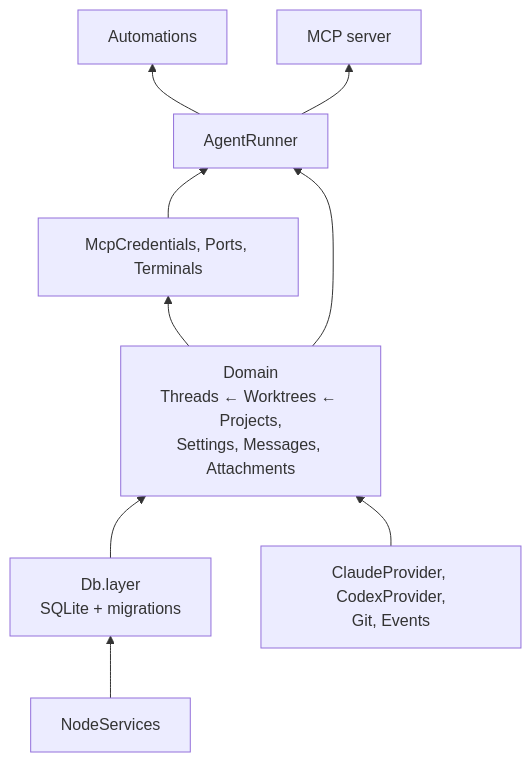
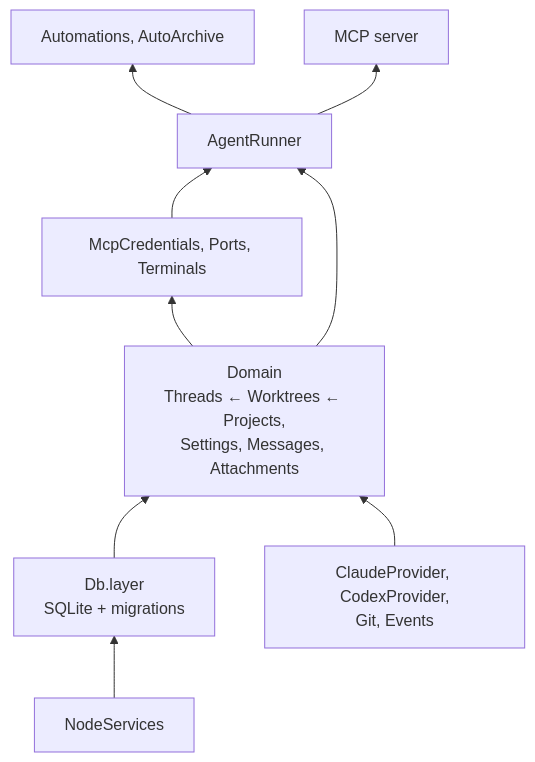
Before and after one commit to hinadev-ai/hinacode: the third of 15 diagrams in docs/arch.md, drawn with Mermaid. The commit also changed other lines of this file and 44 other files, not shown here.

````diff
--- a/docs/arch.md
+++ b/docs/arch.md
@@ -72,18 +72,18 @@
 ```mermaid
 flowchart BT
   node["NodeServices"]
   db["Db.layer<br/>SQLite + migrations"]
   infra["ClaudeProvider, CodexProvider,<br/>Git, Events"]
   domain["Domain<br/>Threads ← Worktrees ← Projects,<br/>Settings, Messages, Attachments"]
   features["McpCredentials, Ports, Terminals"]
   runner["AgentRunner"]
-  autos["Automations"]
+  autos["Automations, AutoArchive"]
   mcp["MCP server"]
 
   node --> db --> domain
   infra --> domain
   domain --> features --> runner
   domain --> runner
   runner --> autos
   runner --> mcp
 ```
````
